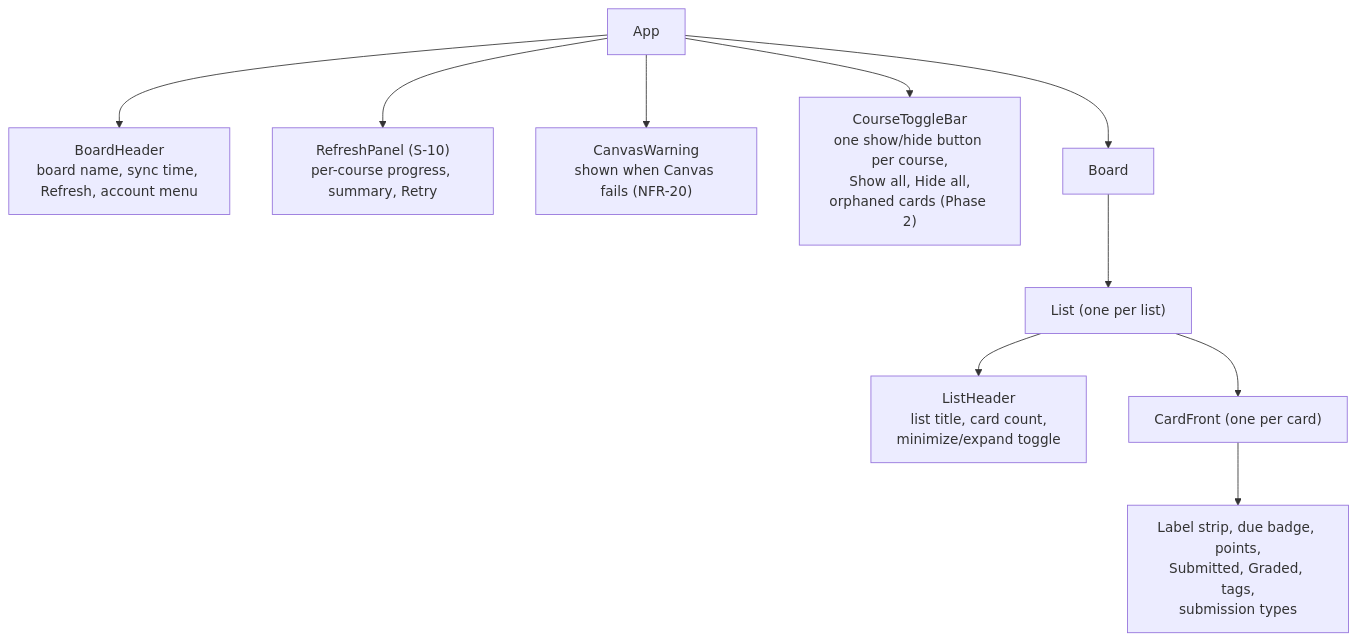
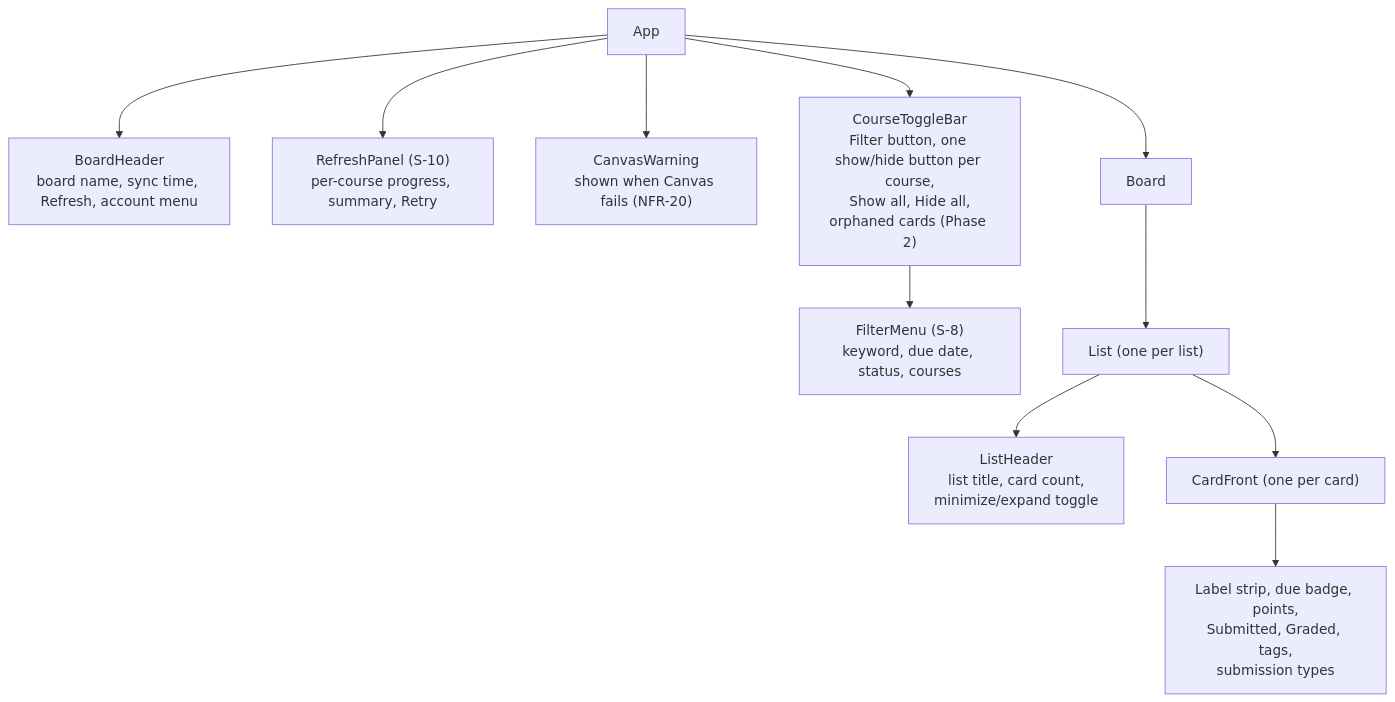
Before and after one commit to bbranton/TestProj: the sixth of 6 diagrams in docs/canvas-portal/03-design.md, drawn with Mermaid. The commit also changed other lines of this file, not shown here.

First line of the commit message:
Design: filter menu in Phase 1, client-side (FR-24, FR-72)

````diff
--- a/docs/canvas-portal/03-design.md
+++ b/docs/canvas-portal/03-design.md
@@ -685,12 +685,13 @@
 ```mermaid
 flowchart TD
     App --> Header["BoardHeader<br/>board name, sync time, Refresh, account menu"]
     App --> Progress["RefreshPanel (S-10)<br/>per-course progress, summary, Retry"]
     App --> Banner["CanvasWarning<br/>shown when Canvas fails (NFR-20)"]
-    App --> Toggles["CourseToggleBar<br/>one show/hide button per course,<br/>Show all, Hide all,<br/>orphaned cards (Phase 2)"]
+    App --> Toggles["CourseToggleBar<br/>Filter button, one show/hide button per course,<br/>Show all, Hide all,<br/>orphaned cards (Phase 2)"]
+    Toggles --> Filter["FilterMenu (S-8)<br/>keyword, due date, status, courses"]
     App --> Board
     Board --> List["List (one per list)"]
     List --> ListHeader["ListHeader<br/>list title, card count,<br/>minimize/expand toggle"]
     List --> Card["CardFront (one per card)"]
     Card --> Badges["Label strip, due badge, points,<br/>Submitted, Graded, tags,<br/>submission types"]
 ```
````
